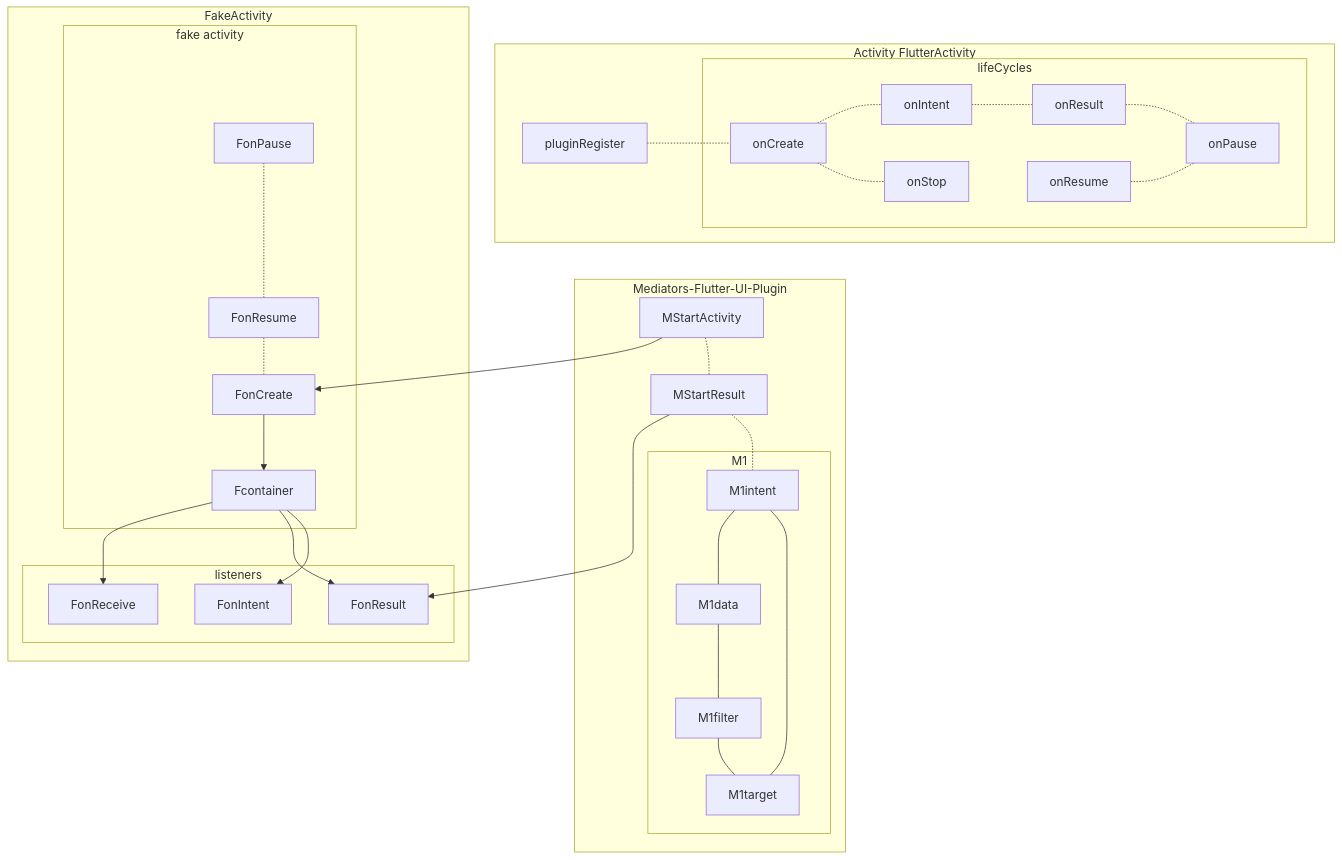
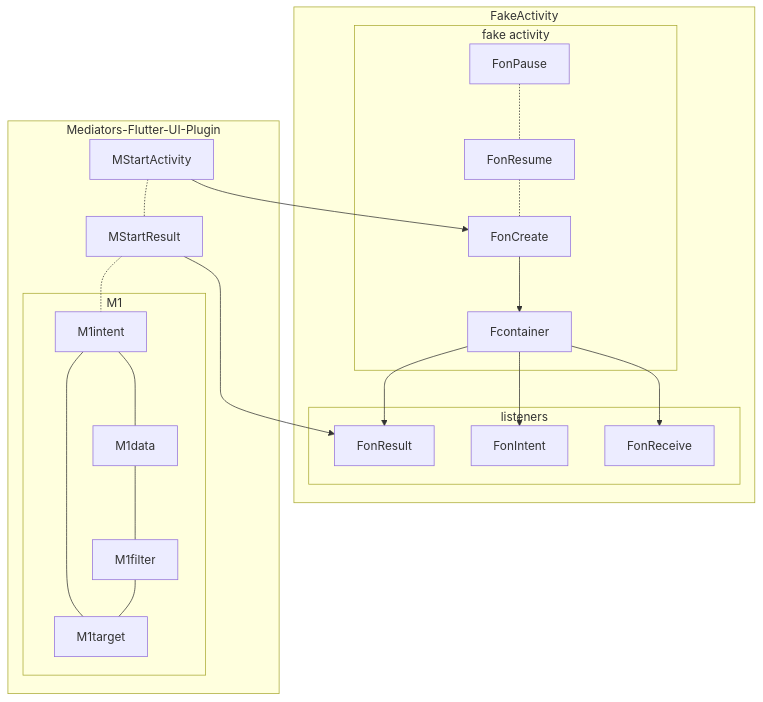
Before and after one commit to gordianknotC/nxp_note: the second of 2 diagrams in flutter/android_to_flutter.md, drawn with Mermaid. The commit also changed other lines of this file, not shown here.

Commit message:
flutter/android_to_flutter.md updated from https://stackedit.io/

````diff
--- a/flutter/android_to_flutter.md
+++ b/flutter/android_to_flutter.md
@@ -71,51 +71,41 @@
 ```mermaid
 graph TB
-	subgraph Activity FlutterActivity
-		pluginRegister
-		pluginRegister -.- onCreate
-		subgraph lifeCycles
-			onCreate -.- onIntent
-			onIntent -.- onResult
-			onResult -.- onPause
-			onResume -.- onPause
-			onCreate -.- onStop
-		end
-	end
-	subgraph Mediators-Flutter-UI-Plugin
-		subgraph M1
-			M1intent --- M1target
-			M1intent --- M1data
-			M1data --- M1filter
-			M1filter --- M1target
-		end
-		MStartActivity
-		MStartResult
-		MStartActivity -.- MStartResult
-		MStartResult -.- M1intent
-	end
+	
+	
 	
 	subgraph FakeActivity
 		FonCreate
 		FonPause 
 		FonResume 
 		FonResult 
 		FonIntent 
 		FonReceive 
 		
 		subgraph fake activity
 			FonPause -.- FonResume
 			FonResume -.- FonCreate
 			FonCreate --> Fcontainer
 		end
 		
 		subgraph listeners
 			Fcontainer --> FonIntent
 			Fcontainer --> FonResult
 			Fcontainer --> FonReceive
 		end
-		
-		
+	end
+
+	subgraph Mediators-Flutter-UI-Plugin
 		MStartActivity --> FonCreate
 		MStartResult --> FonResult
+		subgraph M1
+			M1intent --- M1target
+			M1intent --- M1data
+			M1data --- M1filter
+			M1filter --- M1target
+		end
+		MStartActivity
+		MStartResult
+		MStartActivity -.- MStartResult
+		MStartResult -.- M1intent
 	end
 ```
````
